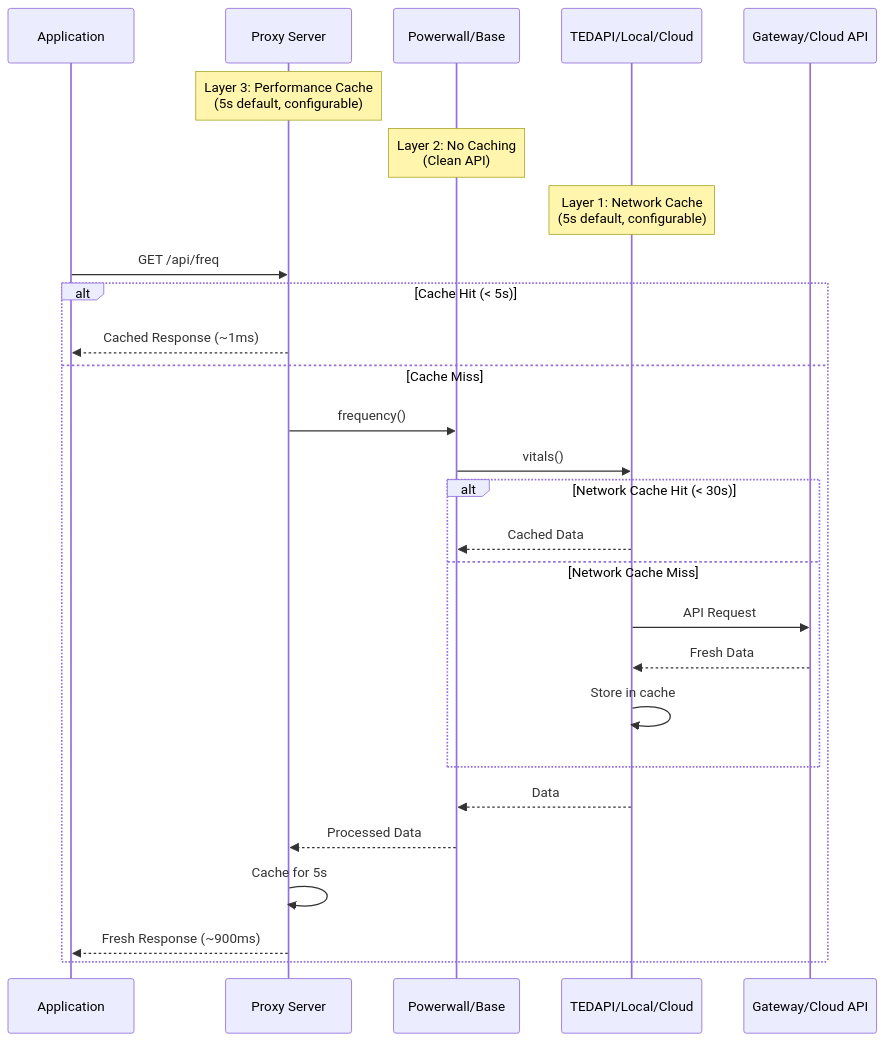
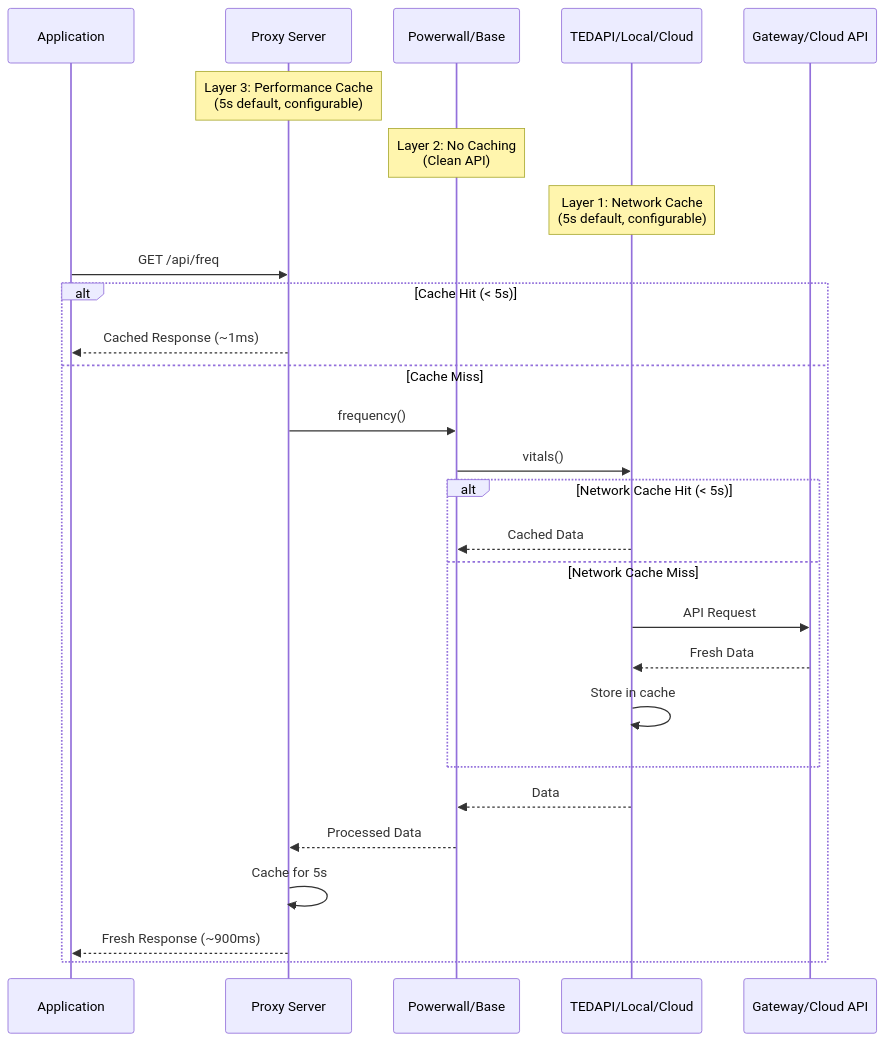
One commit to jasonacox/pypowerwall changed the second of 3 diagrams in API.md. Above: the diagram before and after it, drawn with Mermaid.

Commit message:
Fix TTL error in API.md

````diff
--- a/API.md
+++ b/API.md
@@ -311,34 +311,34 @@
 ```mermaid
 sequenceDiagram
     participant App as Application
     participant Proxy as Proxy Server
     participant Base as Powerwall/Base
     participant Backend as TEDAPI/Local/Cloud
     participant GW as Gateway/Cloud API
     
     Note over Proxy: Layer 3: Performance Cache<br/>(5s default, configurable)
     Note over Base: Layer 2: No Caching<br/>(Clean API)
     Note over Backend: Layer 1: Network Cache<br/>(5s default, configurable)
     
     App->>Proxy: GET /api/freq
     
     alt Cache Hit (< 5s)
         Proxy-->>App: Cached Response (~1ms)
     else Cache Miss
         Proxy->>Base: frequency()
         Base->>Backend: vitals()
         
-        alt Network Cache Hit (< 30s)
+        alt Network Cache Hit (< 5s)
             Backend-->>Base: Cached Data
         else Network Cache Miss
             Backend->>GW: API Request
             GW-->>Backend: Fresh Data
             Backend->>Backend: Store in cache
         end
         
         Backend-->>Base: Data
         Base-->>Proxy: Processed Data
         Proxy->>Proxy: Cache for 5s
         Proxy-->>App: Fresh Response (~900ms)
     end
 ```
````
